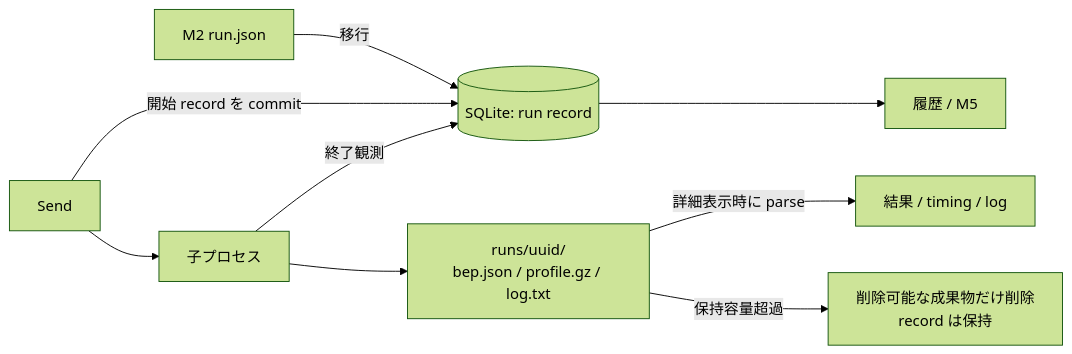
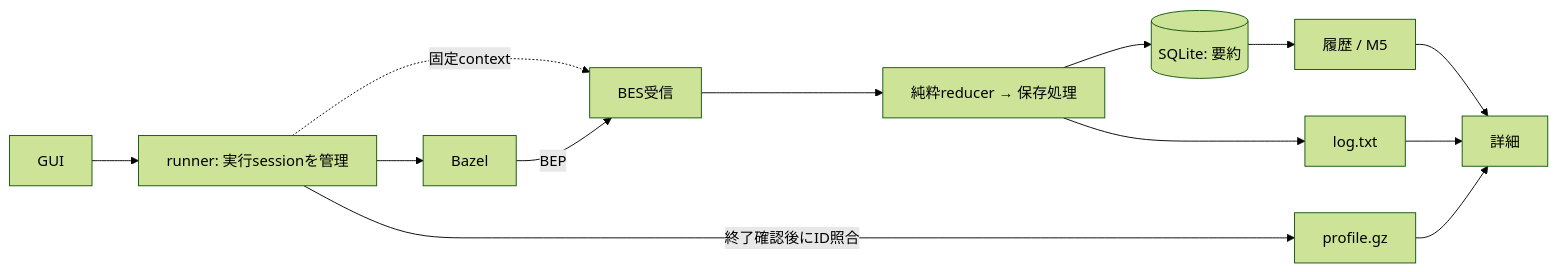
One commit to OhataKenji/zeal changed the diagram in docs/design/m4-run-history.md. Above: the diagram before and after it, drawn with Mermaid (forest theme). The commit also changed other lines of this file and 35 other files, not shown here.

Commit message:
Record completed Bazel invocations through local BES

````diff
--- a/docs/design/m4-run-history.md
+++ b/docs/design/m4-run-history.md
@@ -44,11 +18,15 @@
 ```mermaid
 flowchart LR
-    OLD["M2 run.json"] -->|"移行"| DB[("SQLite: run record")]
-    START["Send"] -->|"開始 record を commit"| DB
-    START --> CHILD["子プロセス"]
-    CHILD -->|"終了観測"| DB
-    CHILD --> FILES["runs/uuid/<br/>bep.json / profile.gz / log.txt"]
-    DB --> LIST["履歴 / M5"]
-    FILES -->|"詳細表示時に parse"| DETAIL["結果 / timing / log"]
-    FILES -->|"保持容量超過"| PURGE["削除可能な成果物だけ削除<br/>record は保持"]
+    GUI["GUI"] --> RUNNER["runner: 実行sessionを管理"]
+    RUNNER --> BAZEL["Bazel"]
+    RUNNER -.->|"固定context"| BES["BES受信"]
+    BAZEL -->|"BEP"| BES
+    BES --> SAVE["純粋reducer → 保存処理"]
+    SAVE --> DB[("SQLite: 要約")]
+    SAVE --> LOG["log.txt"]
+    RUNNER -->|"終了確認後にID照合"| PROFILE["profile.gz"]
+    DB --> VIEW["履歴 / M5"]
+    VIEW --> DETAIL["詳細"]
+    LOG --> DETAIL
+    PROFILE --> DETAIL
 ```
````
